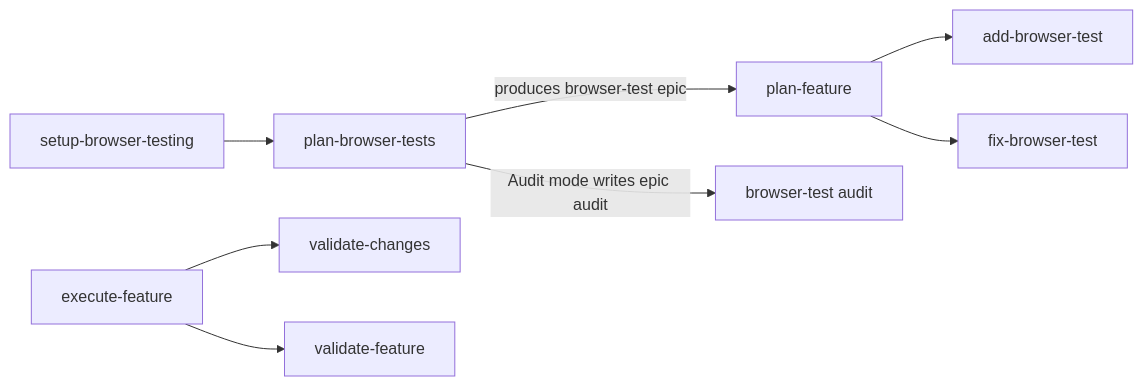
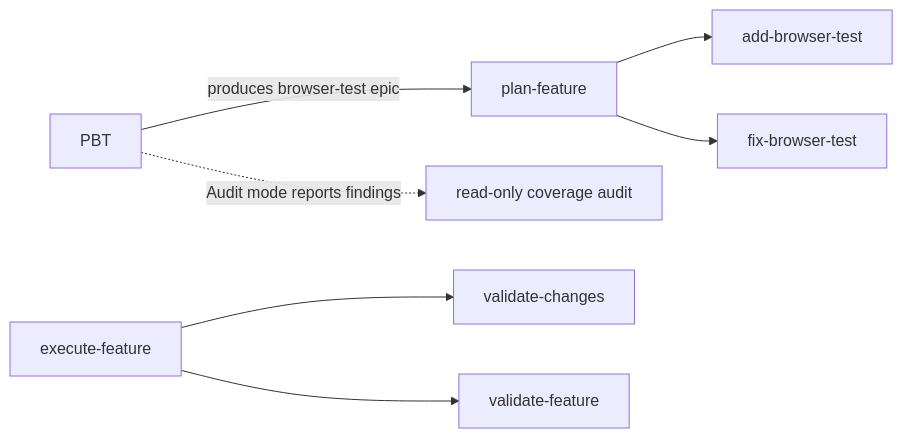
Before and after one commit to pnewsam/skills: the sixth of 14 diagrams in README.md, drawn with Mermaid. The commit also changed other lines of this file and 24 other files, not shown here.

````diff
--- a/README.md
+++ b/README.md
@@ -231,10 +229,9 @@
 ```mermaid
 flowchart LR
-    SBT[setup-browser-testing] --> PBT[plan-browser-tests]
     PBT -->|produces browser-test epic| PF2[plan-feature]
-    PBT -->|Audit mode writes epic audit| AUD[browser-test audit]
+    PBT -.->|Audit mode reports findings| AUD[read-only coverage audit]
     PF2 --> ABT[add-browser-test]
     PF2 --> FBT[fix-browser-test]
     EF2[execute-feature] --> VC[validate-changes]
     EF2 --> VF2[validate-feature]
 ```
````
